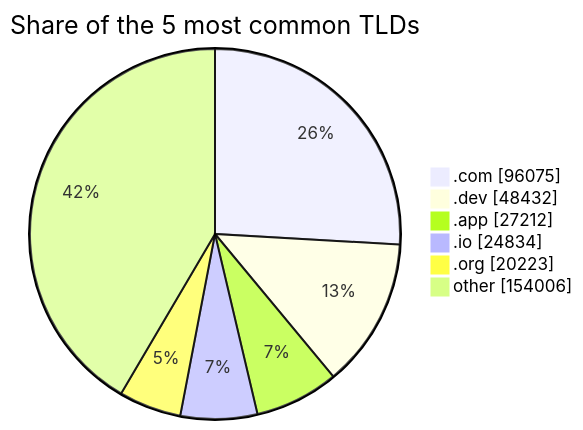
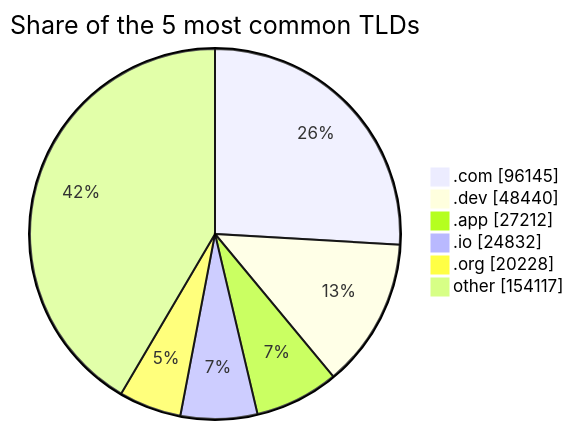
The third of 3 diagrams in README.md (DNSBunker/CTI), drawn with Mermaid before and after one commit. The commit also changed other lines of this file and 3 other files, not shown here.

````diff
--- a/README.md
+++ b/README.md
@@ -81,9 +81,9 @@
 ```mermaid
 pie showData title Share of the 5 most common TLDs
-    ".com" : 96075
-    ".dev" : 48432
+    ".com" : 96145
+    ".dev" : 48440
     ".app" : 27212
-    ".io" : 24834
-    ".org" : 20223
-    "other" : 154006
+    ".io" : 24832
+    ".org" : 20228
+    "other" : 154117
 ```
````
